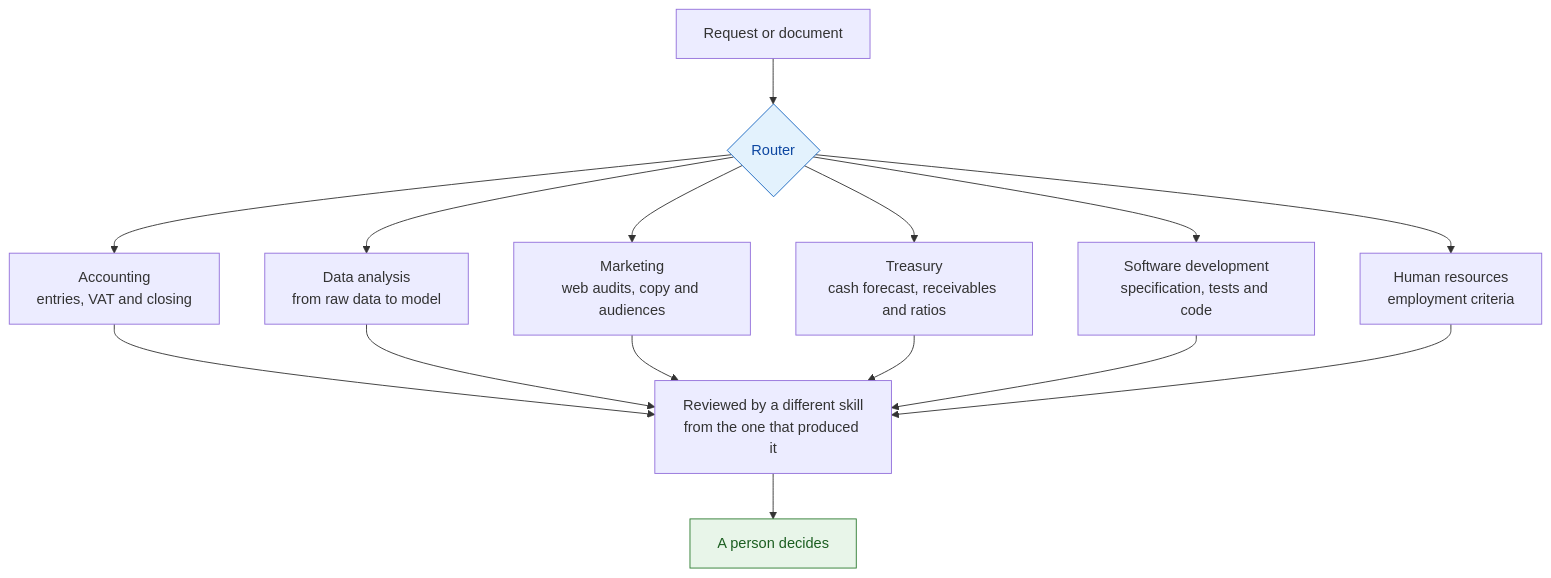
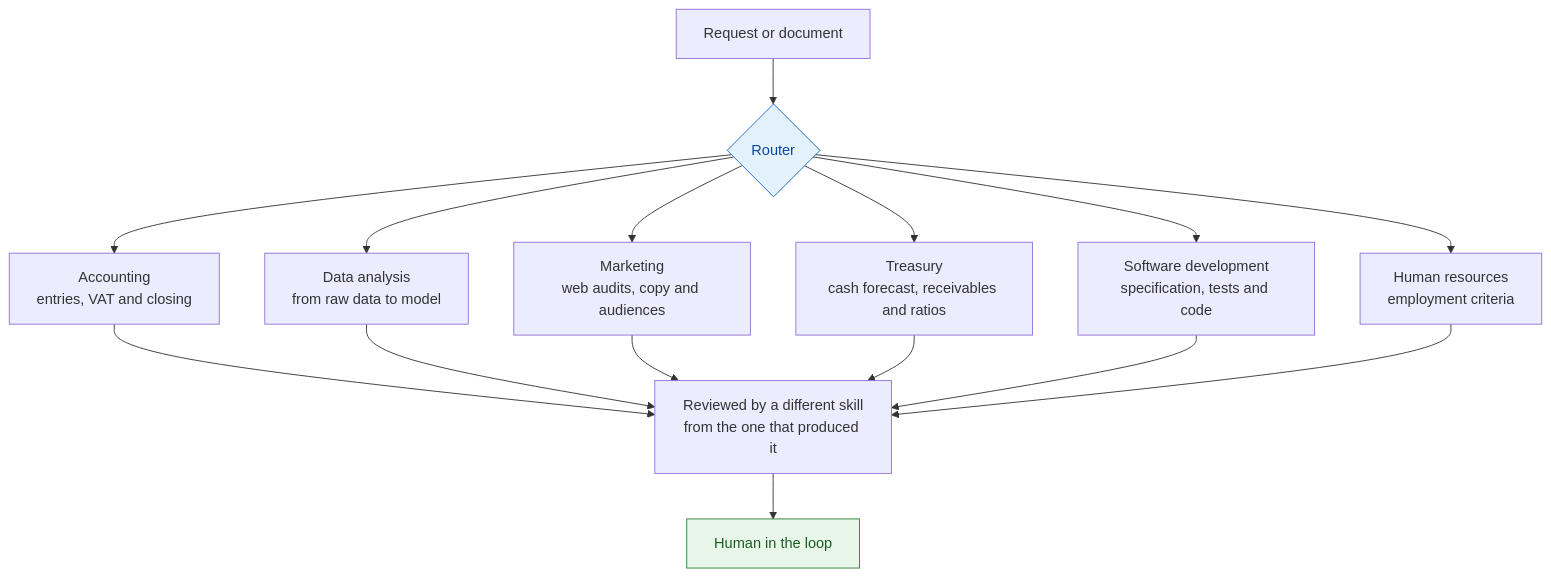
The first of 3 diagrams in README.en.md (jleonceo/portfolio-juan-luis), drawn with Mermaid before and after one commit. The commit also changed other lines of this file and 1 other file, not shown here.

First line of the commit message:
Esquemas: human in the loop en los cuatro puntos donde decide una persona

````diff
--- a/README.en.md
+++ b/README.en.md
@@ -34,15 +34,15 @@
 ```mermaid
 flowchart TD
     P[Request or document] --> R{Router}
     R --> C[Accounting<br/>entries, VAT and closing]
     R --> A[Data analysis<br/>from raw data to model]
     R --> M[Marketing<br/>web audits, copy and audiences]
     R --> T[Treasury<br/>cash forecast, receivables and ratios]
     R --> G[Software development<br/>specification, tests and code]
     R --> H[Human resources<br/>employment criteria]
     C & A & M & T & G & H --> V[Reviewed by a different skill<br/>from the one that produced it]
-    V --> J[A person decides]
+    V --> J[Human in the loop]
 
     style R fill:#e3f2fd,stroke:#1565c0,color:#0d47a1
     style J fill:#e8f5e9,stroke:#2e7d32,color:#1b5e20
 ```
````
